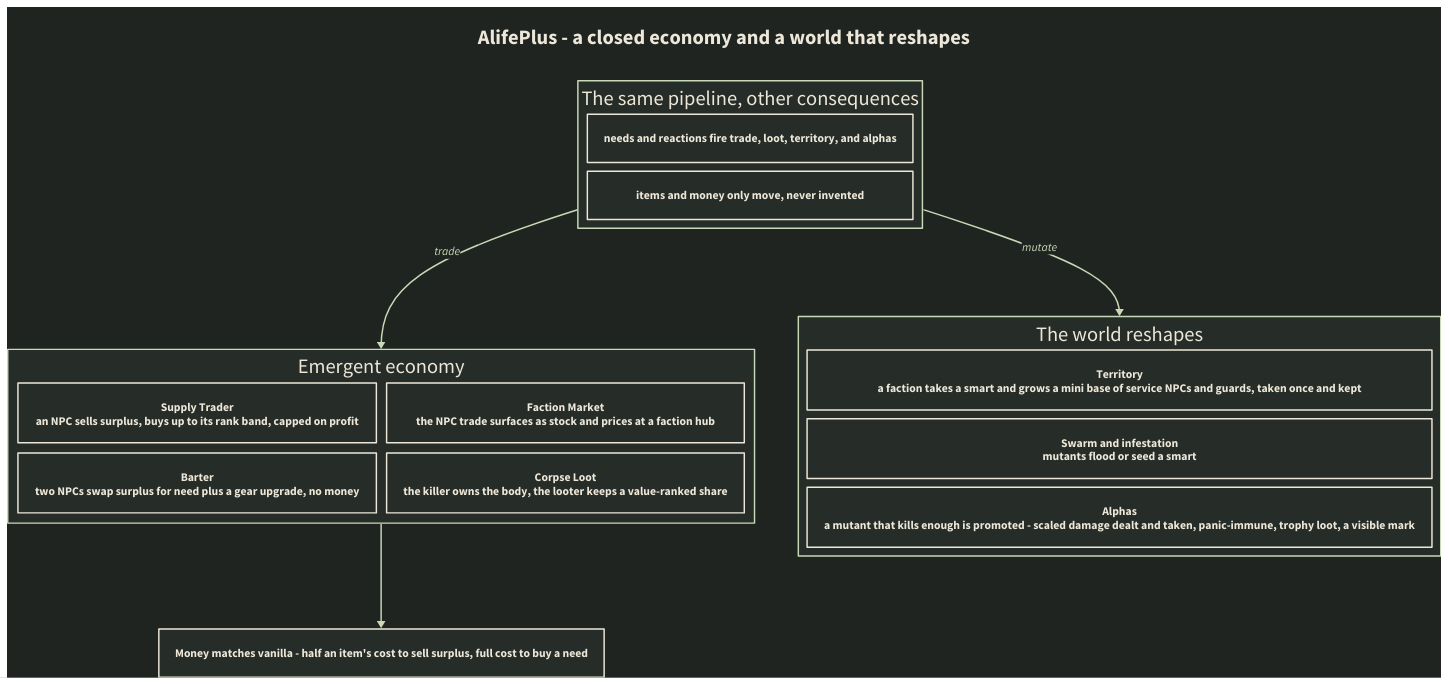
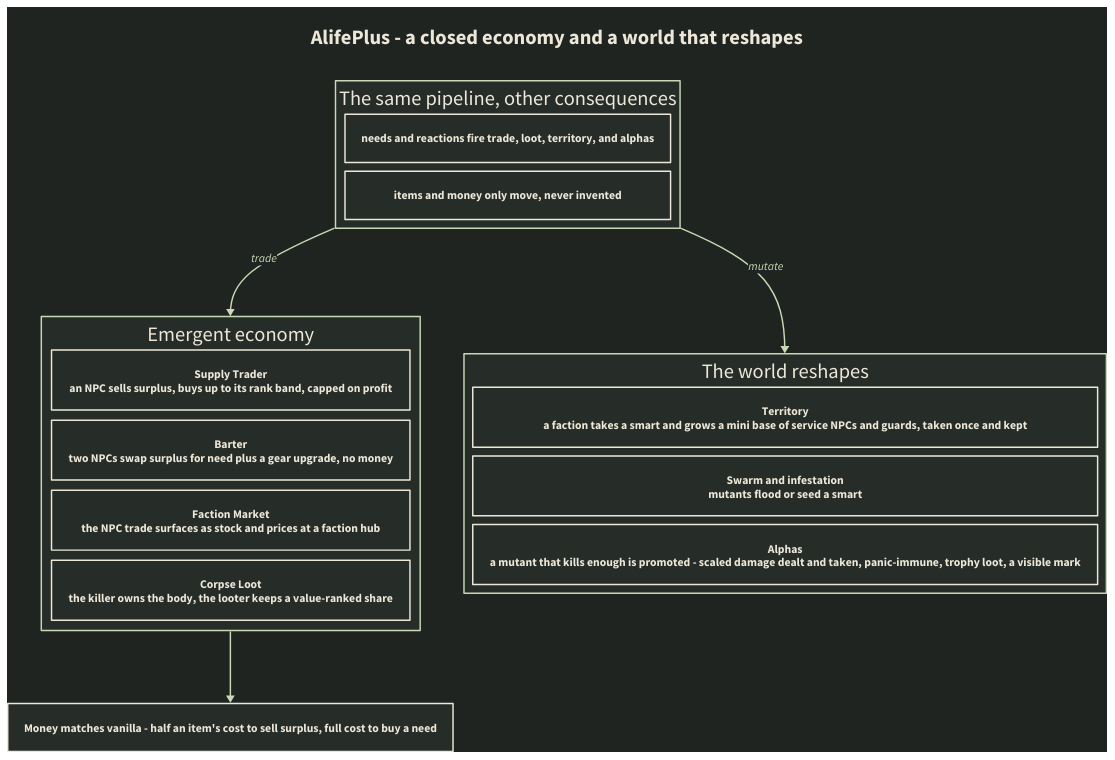
Before and after one commit to damiansirbu-stalker/AlifePlus: the diagram in doc/img/alifeplus-howitworks-economy.d2, drawn with D2. The commit also changed 2 other files, not shown here.

Commit message:
docs(img): square hero gif, economy diagram re-laid vertical
The hero was 16:9, which ModDB clamps to a small strip in the description column.
Rebuilt at 1:1 (900x900): each gameplay shot cropped to fill the square with an
uppercase Oswald caption on a solid black box, the how-it-works diagram fitted, the
how-it's-built panels stacked. The economy how-it-works diagram was wide (2.27:1)
and letterboxed, so its d2 stacks the economy block to one column now (1.64:1) and
its jpg re-renders to match.

```diff
--- a/doc/img/alifeplus-howitworks-economy.d2
+++ b/doc/img/alifeplus-howitworks-economy.d2
@@ -1,46 +1,46 @@
 direction: down
 
 style.fill: "#1f2421"
 
 **.style.fill: "#262c27"
 **.style.stroke: "#ece7d8"
 **.style.font-color: "#ece7d8"
 **.style.stroke-width: 2
 
 title: "AlifePlus - a closed economy and a world that reshapes" {
   near: top-center
   style: { stroke-width: 0; fill: "#1f2421"; font-color: "#ece7d8"; font-size: 28 }
 }
 
 driver: "The same pipeline, other consequences" {
   style.stroke: "#c9d8b6"
   grid-columns: 1
   grid-gap: 12
   a: "needs and reactions fire trade, loot, territory, and alphas"
   b: "items and money only move, never invented"
 }
 
 econ: "Emergent economy" {
   style.stroke: "#c9d8b6"
-  grid-columns: 2
+  grid-columns: 1
   grid-gap: 14
   trade:  "Supply Trader\nan NPC sells surplus, buys up to its rank band, capped on profit"
   barter: "Barter\ntwo NPCs swap surplus for need plus a gear upgrade, no money"
   market: "Faction Market\nthe NPC trade surfaces as stock and prices at a faction hub"
   loot:   "Corpse Loot\nthe killer owns the body, the looter keeps a value-ranked share"
 }
 
 money: "Money matches vanilla - half an item's cost to sell surplus, full cost to buy a need"
 
 world: "The world reshapes" {
   style.stroke: "#c9d8b6"
   grid-columns: 1
   grid-gap: 12
   terr:  "Territory\na faction takes a smart and grows a mini base of service NPCs and guards, taken once and kept"
   swarm: "Swarm and infestation\nmutants flood or seed a smart"
   alpha: "Alphas\na mutant that kills enough is promoted - scaled damage dealt and taken, panic-immune, trophy loot, a visible mark"
 }
 
 driver -> econ: "trade" { style: { stroke: "#c9d8b6"; font-color: "#c9d8b6" } }
 econ -> money: "" { style: { stroke: "#c9d8b6" } }
 driver -> world: "mutate" { style: { stroke: "#c9d8b6"; font-color: "#c9d8b6" } }
```
